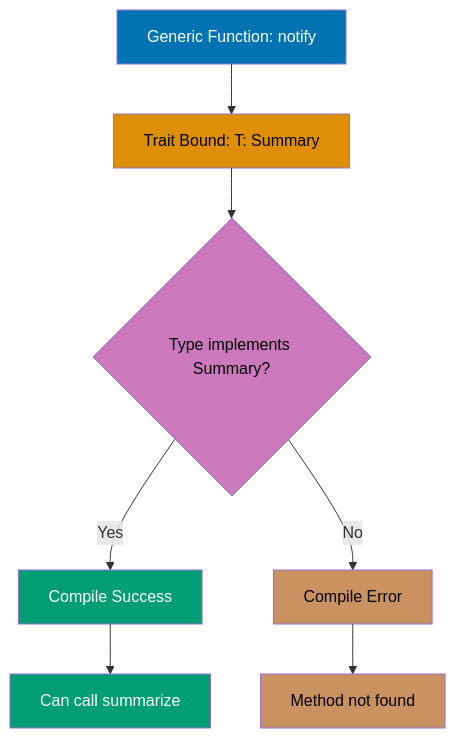
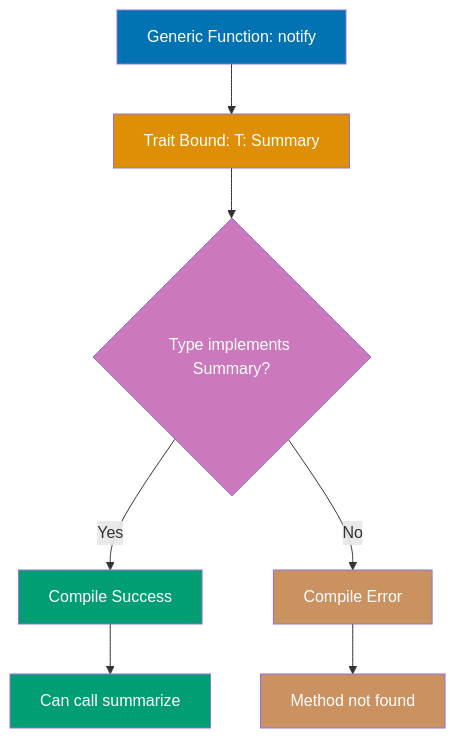
The third of 12 diagrams in apps/ayokoding-web/content/en/learn/software-engineering/programming-languages/rust/by-example/intermediate.md (wahidyankf/open-sharia-enterprise), drawn with Mermaid before and after one commit. The commit also changed other lines of this file and 61 other files, not shown here.

First line of the commit message:
fix(ayokoding-web): quote Mermaid node labels with special characters in Example 63

````diff
--- a/apps/ayokoding-web/content/en/learn/software-engineering/programming-languages/rust/by-example/intermediate.md
+++ b/apps/ayokoding-web/content/en/learn/software-engineering/programming-languages/rust/by-example/intermediate.md
@@ -609,18 +609,18 @@
 ```mermaid
 %% Trait bounds compile-time verification
 graph TD
     A[Generic Function: notify<T>] --> B[Trait Bound: T: Summary]
     B --> C{Type implements Summary?}
     C -->|Yes| D[Compile Success]
     C -->|No| E[Compile Error]
     D --> F[Can call summarize]
     E --> G[Method not found]
 
     style A fill:#0173B2,color:#fff
-    style B fill:#DE8F05,color:#000
-    style C fill:#CC78BC,color:#000
+    style B fill:#DE8F05,color:#fff
+    style C fill:#CC78BC,color:#fff
     style D fill:#029E73,color:#fff
-    style E fill:#CA9161,color:#000
+    style E fill:#CA9161,color:#fff
     style F fill:#029E73,color:#fff
-    style G fill:#CA9161,color:#000
+    style G fill:#CA9161,color:#fff
 ```
````
